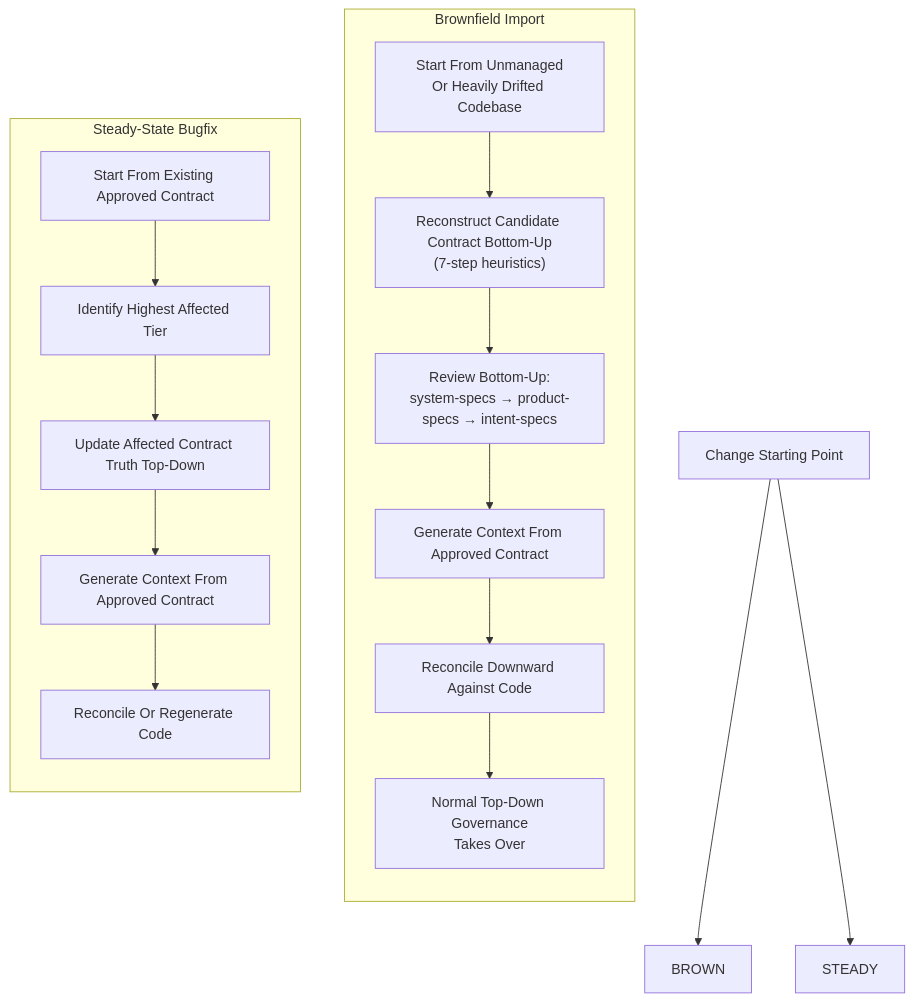
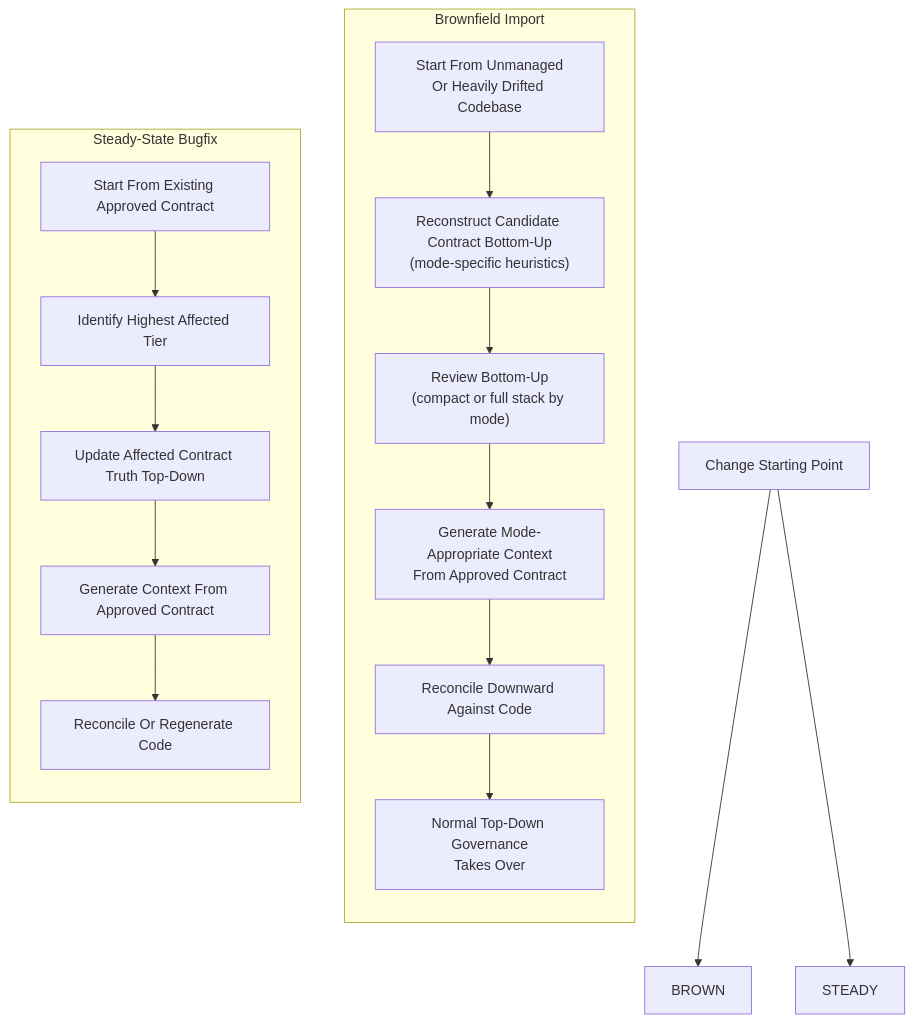
One commit to dahans-msft2/vibeloom-copilot-cli changed the sixth of 6 diagrams in v02/vibeloom-methodology.md. Above: the diagram before and after it, drawn with Mermaid. The commit also changed other lines of this file and 1 other file, not shown here.

Commit message:
Clarify VibeLoom mode workflows and bootstrap semantics

````diff
--- a/v02/vibeloom-methodology.md
+++ b/v02/vibeloom-methodology.md
@@ -822,30 +836,30 @@
 ```mermaid
 flowchart TD
     S["Change Starting Point"]
 
     S --> BROWN
     S --> STEADY
 
     subgraph BROWNFIELD["Brownfield Import"]
         direction TB
         B1["Start From Unmanaged<br/>Or Heavily Drifted Codebase"]
-        B2["Reconstruct Candidate Contract Bottom-Up<br/>(7-step heuristics)"]
-        B3["Review Bottom-Up:<br/>system-specs → product-specs → intent-specs"]
-        B4["Generate Context From Approved Contract"]
+        B2["Reconstruct Candidate Contract Bottom-Up<br/>(mode-specific heuristics)"]
+        B3["Review Bottom-Up<br/>(compact or full stack by mode)"]
+        B4["Generate Mode-Appropriate Context<br/>From Approved Contract"]
         B5["Reconcile Downward Against Code"]
         B6["Normal Top-Down Governance<br/>Takes Over"]
 
         B1 --> B2 --> B3 --> B4 --> B5 --> B6
     end
 
     subgraph BUGFIX["Steady-State Bugfix"]
         direction TB
         S1["Start From Existing Approved Contract"]
         S2["Identify Highest Affected Tier"]
         S3["Update Affected Contract Truth Top-Down"]
         S4["Generate Context From Approved Contract"]
         S5["Reconcile Or Regenerate Code"]
 
         S1 --> S2 --> S3 --> S4 --> S5
     end
 ```
````
